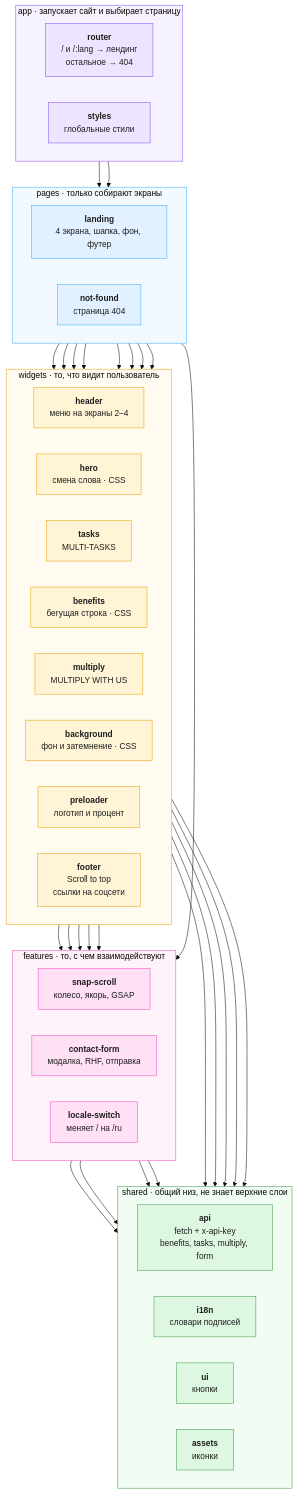
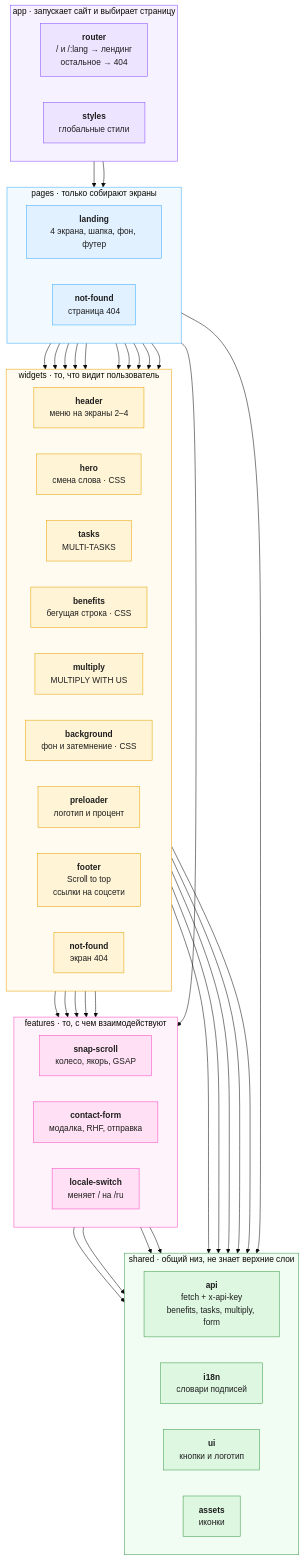
The diagram in docs/architecture.md (DimaManko/multicpa-landing), drawn with Mermaid (base theme) before and after one commit. The commit also changed other lines of this file and 15 other files, not shown here.

Commit message:
not-found: add 404 page with routing and back/home navigation

````diff
--- a/docs/architecture.md
+++ b/docs/architecture.md
@@ -39,76 +40,78 @@
 ```mermaid
 flowchart TD
   subgraph appLayer ["app · запускает сайт и выбирает страницу"]
     direction LR
     router["<b>router</b><br/>/ и /:lang → лендинг<br/>остальное → 404"]
     styles["<b>styles</b><br/>глобальные стили"]
   end
 
   subgraph pagesLayer ["pages · только собирают экраны"]
     direction LR
     landing["<b>landing</b><br/>4 экрана, шапка, фон, футер"]
     notFound["<b>not-found</b><br/>страница 404"]
   end
 
   subgraph widgetsLayer ["widgets · то, что видит пользователь"]
     direction LR
     header["<b>header</b><br/>меню на экраны 2–4"]
     hero["<b>hero</b><br/>смена слова · CSS"]
     tasks["<b>tasks</b><br/>MULTI-TASKS"]
     benefits["<b>benefits</b><br/>бегущая строка · CSS"]
     multiply["<b>multiply</b><br/>MULTIPLY WITH US"]
     background["<b>background</b><br/>фон и затемнение · CSS"]
     preloader["<b>preloader</b><br/>логотип и процент"]
     footer["<b>footer</b><br/>Scroll to top<br/>ссылки на соцсети"]
+    notFoundScreen["<b>not-found</b><br/>экран 404"]
   end
 
   subgraph featuresLayer ["features · то, с чем взаимодействуют"]
     direction LR
     snap["<b>snap-scroll</b><br/>колесо, якорь, GSAP"]
     form["<b>contact-form</b><br/>модалка, RHF, отправка"]
     locale["<b>locale-switch</b><br/>меняет / на /ru"]
   end
 
   subgraph sharedLayer ["shared · общий низ, не знает верхние слои"]
     direction LR
     api["<b>api</b><br/>fetch + x-api-key<br/>benefits, tasks, multiply, form"]
     i18n["<b>i18n</b><br/>словари подписей"]
-    ui["<b>ui</b><br/>кнопки"]
+    ui["<b>ui</b><br/>кнопки и логотип"]
     assets["<b>assets</b><br/>иконки"]
   end
 
   router --> landing
   router --> notFound
   landing --> header & hero & tasks & benefits & multiply & background & preloader & footer
+  notFound --> background & notFoundScreen & ui
   landing --> snap
   header --> snap
   header --> locale
   hero --> form
   multiply --> form
   footer --> snap
   footer --> assets
   tasks & benefits & multiply --> api
   form --> api
   form --> i18n
   locale --> i18n
   form --> ui
   header --> assets
 
   classDef appNode fill:#EDE4FF,stroke:#874FFF,color:#1E1E1E
   classDef pageNode fill:#E1F1FF,stroke:#3DADFF,color:#1E1E1E
   classDef widgetNode fill:#FFF4D6,stroke:#E8A302,color:#1E1E1E
   classDef featureNode fill:#FFE0F4,stroke:#F849C1,color:#1E1E1E
   classDef sharedNode fill:#DDF7E1,stroke:#3E9B4B,color:#1E1E1E
 
   class router,styles appNode
   class landing,notFound pageNode
-  class header,hero,tasks,benefits,multiply,background,preloader,footer widgetNode
+  class header,hero,tasks,benefits,multiply,background,preloader,footer,notFoundScreen widgetNode
   class snap,form,locale featureNode
   class api,i18n,ui,assets sharedNode
 
   style appLayer fill:#F7F2FF,stroke:#874FFF
   style pagesLayer fill:#F2F9FF,stroke:#3DADFF
   style widgetsLayer fill:#FFFBF0,stroke:#E8A302
   style featuresLayer fill:#FFF3FB,stroke:#F849C1
   style sharedLayer fill:#F1FCF3,stroke:#3E9B4B
 ```
````
